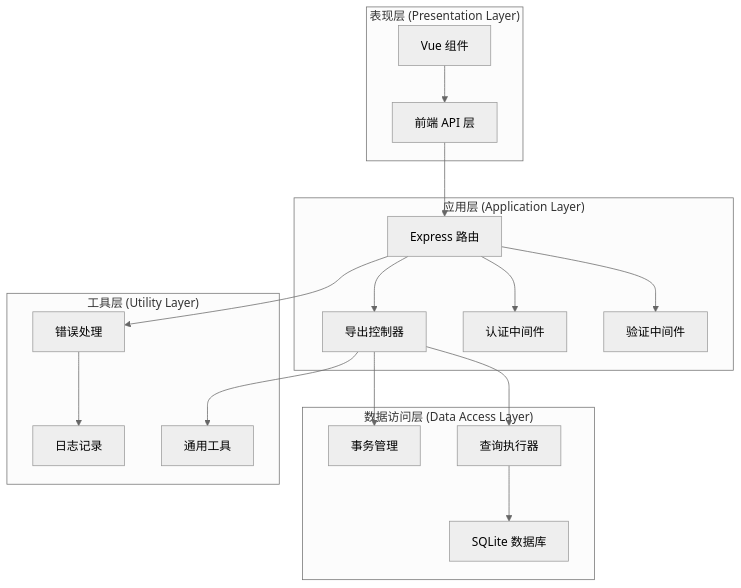
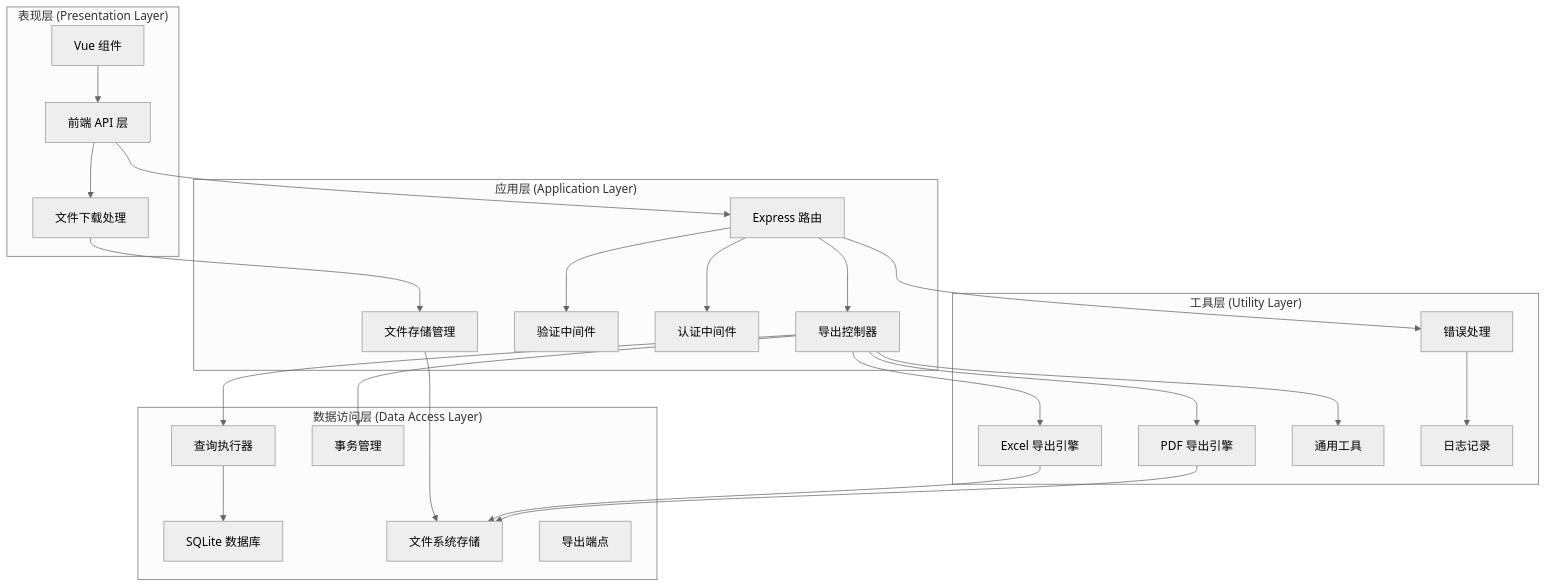
One commit to xpretycn/TingStudio changed the second of 15 diagrams in .qoder/repowiki/zh/content/核心功能模块/导出管理系统.md. Above: the diagram before and after it, drawn with Mermaid (neutral theme). The commit also changed other lines of this file and 56 other files, not shown here.

````diff
--- a/.qoder/repowiki/zh/content/核心功能模块/导出管理系统.md
+++ b/.qoder/repowiki/zh/content/核心功能模块/导出管理系统.md
@@ -125,34 +157,48 @@
 ```mermaid
 graph TB
 subgraph "表现层 (Presentation Layer)"
 UI[Vue 组件]
 API[前端 API 层]
+DOWNLOAD[文件下载处理]
 end
 subgraph "应用层 (Application Layer)"
 ROUTER[Express 路由]
 CTRL[导出控制器]
 VALIDATE[验证中间件]
 AUTH[认证中间件]
+FILESTORE[文件存储管理]
 end
 subgraph "数据访问层 (Data Access Layer)"
 DB[SQLite 数据库]
 QUERY[查询执行器]
 TXN[事务管理]
+FS[文件系统存储]
+ENDPOINT[导出端点]
 end
 subgraph "工具层 (Utility Layer)"
+EXCEL[Excel 导出引擎]
+PDF[PDF 导出引擎]
 HELPERS[通用工具]
 LOGGER[日志记录]
 ERROR[错误处理]
+ENDPOINT[导出端点]
 end
 UI --> API
+API --> DOWNLOAD
+DOWNLOAD --> FILESTORE
+FILESTORE --> FS
 API --> ROUTER
 ROUTER --> VALIDATE
 ROUTER --> AUTH
 ROUTER --> CTRL
 CTRL --> QUERY
 QUERY --> DB
+CTRL --> EXCEL
+CTRL --> PDF
+EXCEL --> FS
+PDF --> FS
 CTRL --> TXN
 ROUTER --> ERROR
 CTRL --> HELPERS
 ERROR --> LOGGER
 ```
````
